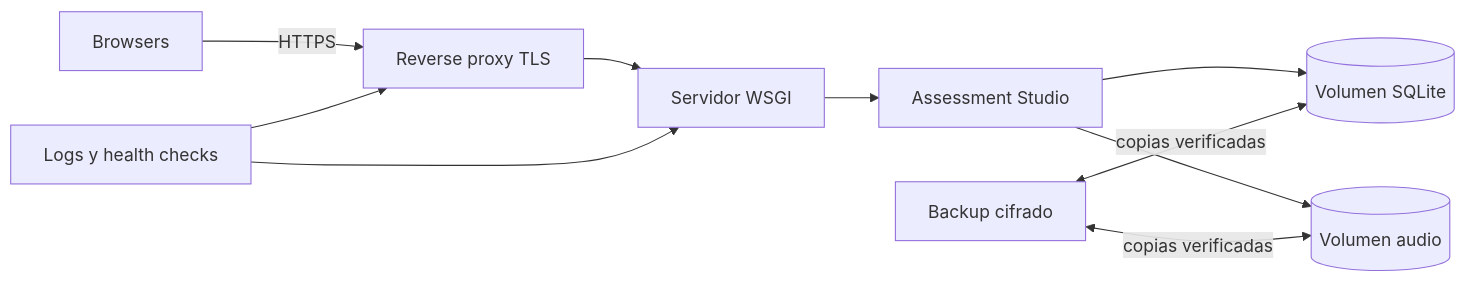
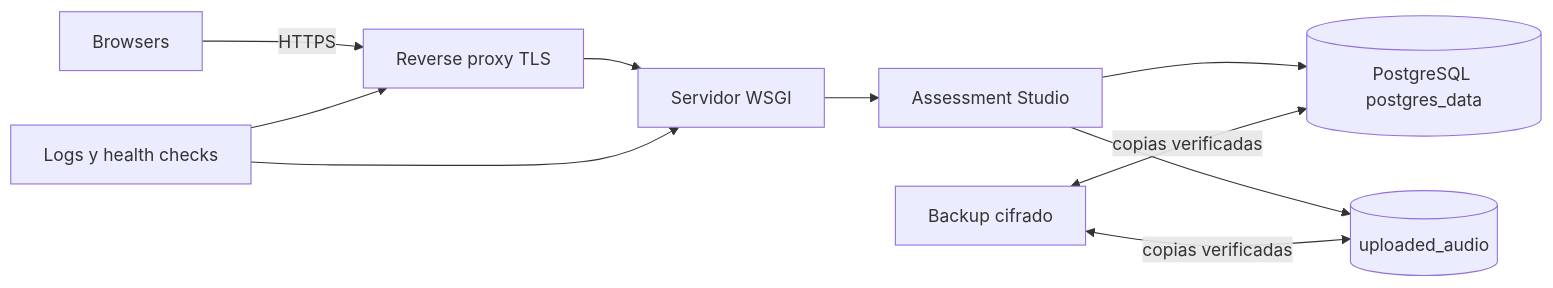
One commit to avismael/AssesStudio changed the first of 2 diagrams in docs/10-operations-runbook.md. Above: the diagram before and after it, drawn with Mermaid. The commit also changed other lines of this file and 56 other files, not shown here.

````diff
--- a/docs/10-operations-runbook.md
+++ b/docs/10-operations-runbook.md
@@ -17,12 +26,12 @@
 ```mermaid
 flowchart LR
     Client[Browsers] -->|HTTPS| Proxy[Reverse proxy TLS]
     Proxy --> WSGI[Servidor WSGI]
     WSGI --> Flask[Assessment Studio]
-    Flask --> DB[(Volumen SQLite)]
-    Flask --> Audio[(Volumen audio)]
+    Flask --> DB[(PostgreSQL postgres_data)]
+    Flask --> Audio[(uploaded_audio)]
     Backup[Backup cifrado] <-->|copias verificadas| DB
     Backup <-->|copias verificadas| Audio
     Monitor[Logs y health checks] --> Proxy
     Monitor --> WSGI
 ```
````
